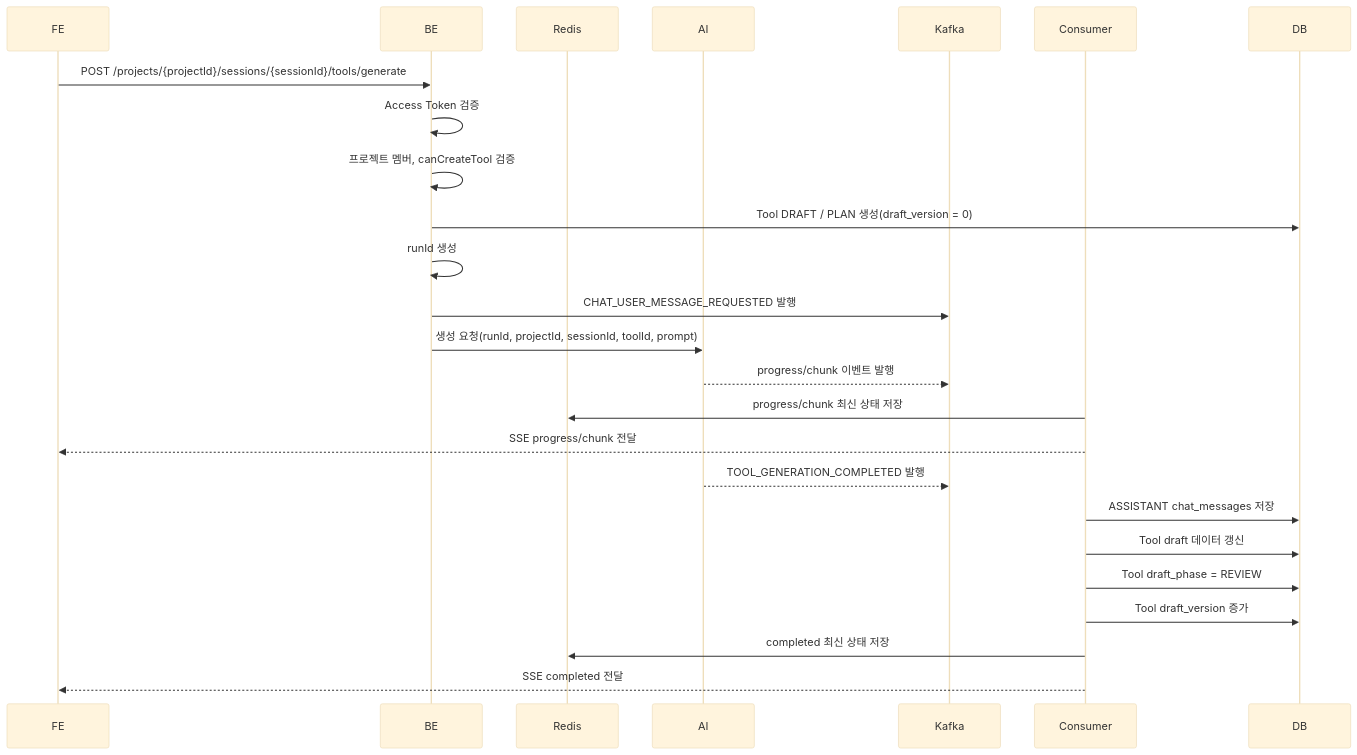
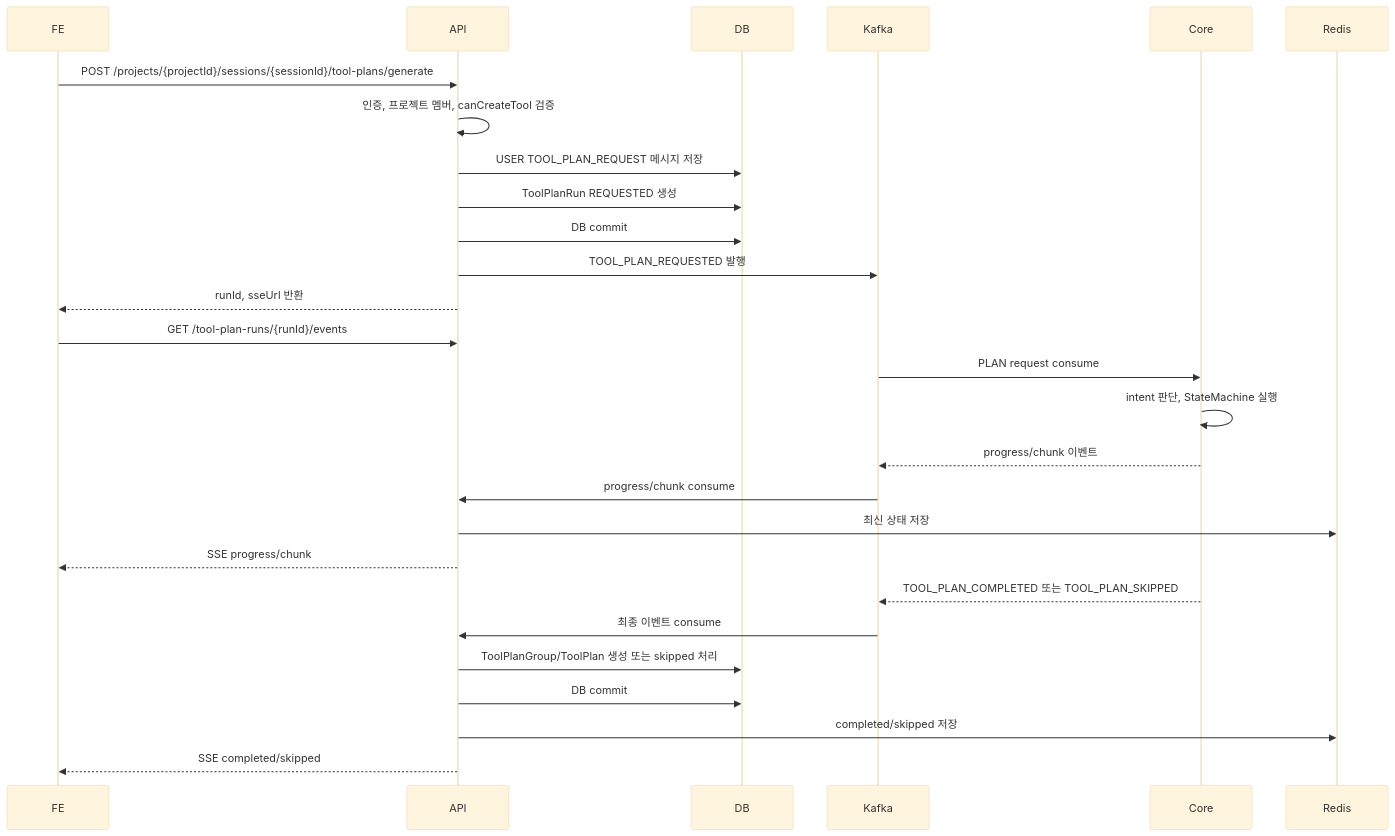
One commit to 5starss/theseus changed the first of 2 diagrams in docs/architecture/tool-execution-flow.md. Above: the diagram before and after it, drawn with Mermaid (base theme). The commit also changed other lines of this file, not shown here.

Commit message:
S14P31A308-234 [docs]: ToolPlan 실행 흐름 정리

````diff
--- a/docs/architecture/tool-execution-flow.md
+++ b/docs/architecture/tool-execution-flow.md
@@ -109,30 +95,32 @@
 ```mermaid
 sequenceDiagram
     participant FE
-    participant BE
+    participant API
+    participant DB
+    participant Kafka
+    participant Core
     participant Redis
-    participant AI
-    participant Kafka
-    participant Consumer
-    participant DB
 
-    FE->>BE: POST /projects/{projectId}/sessions/{sessionId}/tools/generate
-    BE->>BE: Access Token 검증
-    BE->>BE: 프로젝트 멤버, canCreateTool 검증
-    BE->>DB: Tool DRAFT / PLAN 생성(draft_version = 0)
-    BE->>BE: runId 생성
-    BE->>Kafka: CHAT_USER_MESSAGE_REQUESTED 발행
-    BE->>AI: 생성 요청(runId, projectId, sessionId, toolId, prompt)
+    FE->>API: POST /projects/{projectId}/sessions/{sessionId}/tool-plans/generate
+    API->>API: 인증, 프로젝트 멤버, canCreateTool 검증
+    API->>DB: USER TOOL_PLAN_REQUEST 메시지 저장
+    API->>DB: ToolPlanRun REQUESTED 생성
+    API->>DB: DB commit
+    API->>Kafka: TOOL_PLAN_REQUESTED 발행
+    API-->>FE: runId, sseUrl 반환
+    FE->>API: GET /tool-plan-runs/{runId}/events
 
-    AI-->>Kafka: progress/chunk 이벤트 발행
-    Consumer->>Redis: progress/chunk 최신 상태 저장
-    Consumer-->>FE: SSE progress/chunk 전달
+    Kafka->>Core: PLAN request consume
+    Core->>Core: intent 판단, StateMachine 실행
+    Core-->>Kafka: progress/chunk 이벤트
+    Kafka->>API: progress/chunk consume
+    API->>Redis: 최신 상태 저장
+    API-->>FE: SSE progress/chunk
 
-    AI-->>Kafka: TOOL_GENERATION_COMPLETED 발행
-    Consumer->>DB: ASSISTANT chat_messages 저장
-    Consumer->>DB: Tool draft 데이터 갱신
-    Consumer->>DB: Tool draft_phase = REVIEW
-    Consumer->>DB: Tool draft_version 증가
-    Consumer->>Redis: completed 최신 상태 저장
-    Consumer-->>FE: SSE completed 전달
+    Core-->>Kafka: TOOL_PLAN_COMPLETED 또는 TOOL_PLAN_SKIPPED
+    Kafka->>API: 최종 이벤트 consume
+    API->>DB: ToolPlanGroup/ToolPlan 생성 또는 skipped 처리
+    API->>DB: DB commit
+    API->>Redis: completed/skipped 저장
+    API-->>FE: SSE completed/skipped
 ```
````
